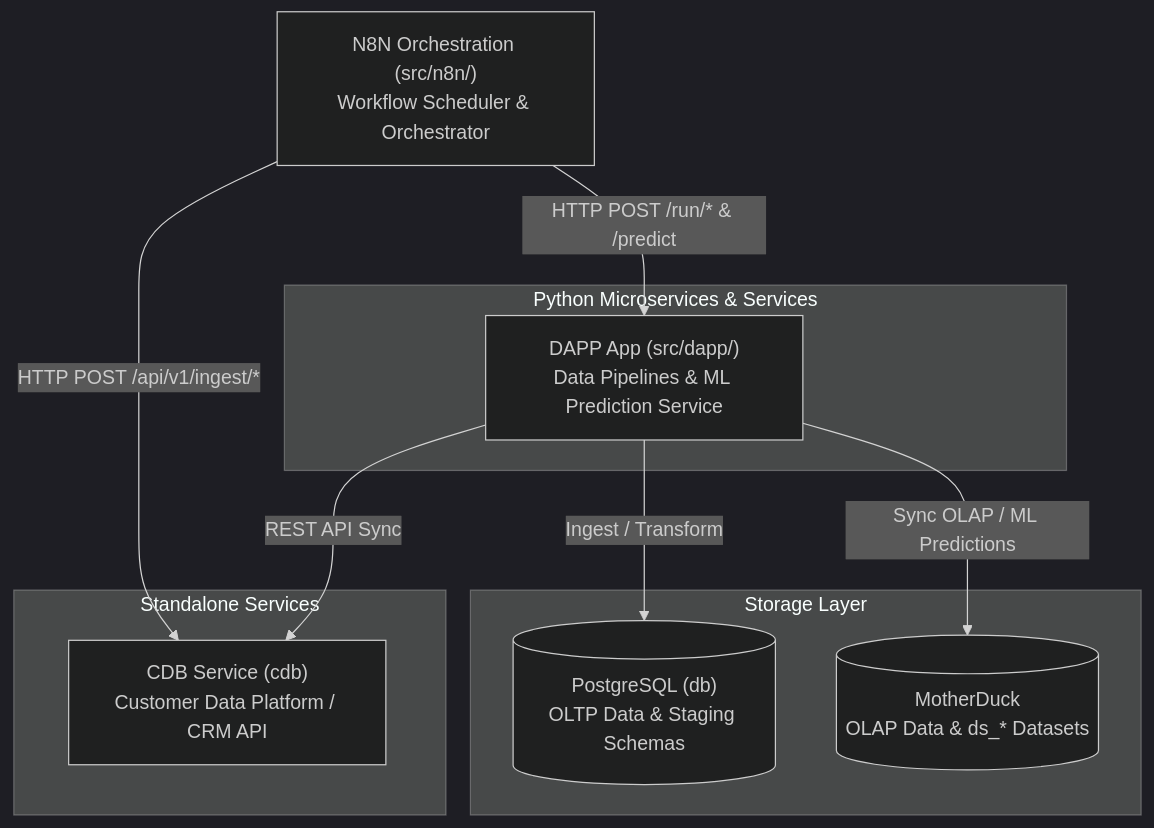
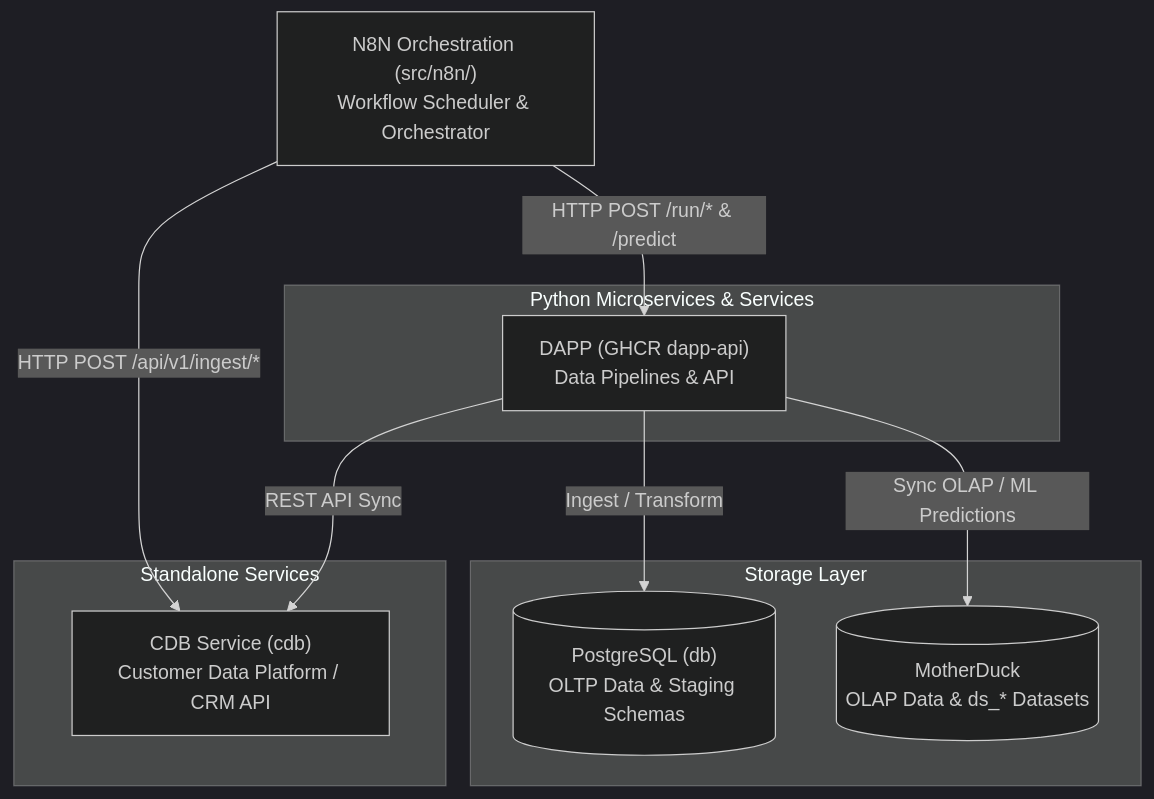
Before and after one commit to Data-Biz-AI-Consultancy/Jager: the diagram in README.md, drawn with Mermaid (dark theme). The commit also changed other lines of this file and 6 other files, not shown here.

````diff
--- a/README.md
+++ b/README.md
@@ -56,24 +53,24 @@
 ```mermaid
 flowchart TD
     N8N["N8N Orchestration (src/n8n/)<br/>Workflow Scheduler & Orchestrator"]
     
     subgraph DecoupledServices["Standalone Services"]
         CDB["CDB Service (cdb)<br/>Customer Data Platform / CRM API"]
     end
 
     subgraph DataServices["Python Microservices & Services"]
-        DAPP["DAPP App (src/dapp/)<br/>Data Pipelines & ML Prediction Service"]
+        DAPP["DAPP (GHCR dapp-api)<br/>Data Pipelines & API"]
     end
     
     subgraph Storage["Storage Layer"]
         PG[("PostgreSQL (db)<br/>OLTP Data & Staging Schemas")]
         MD[("MotherDuck<br/>OLAP Data & ds_* Datasets")]
     end
     
     N8N -->|"HTTP POST /api/v1/ingest/*"| CDB
     N8N -->|"HTTP POST /run/* & /predict"| DAPP
     
     DAPP -->|"REST API Sync"| CDB
     DAPP -->|"Ingest / Transform"| PG
     DAPP -->|"Sync OLAP / ML Predictions"| MD
 ```
````
